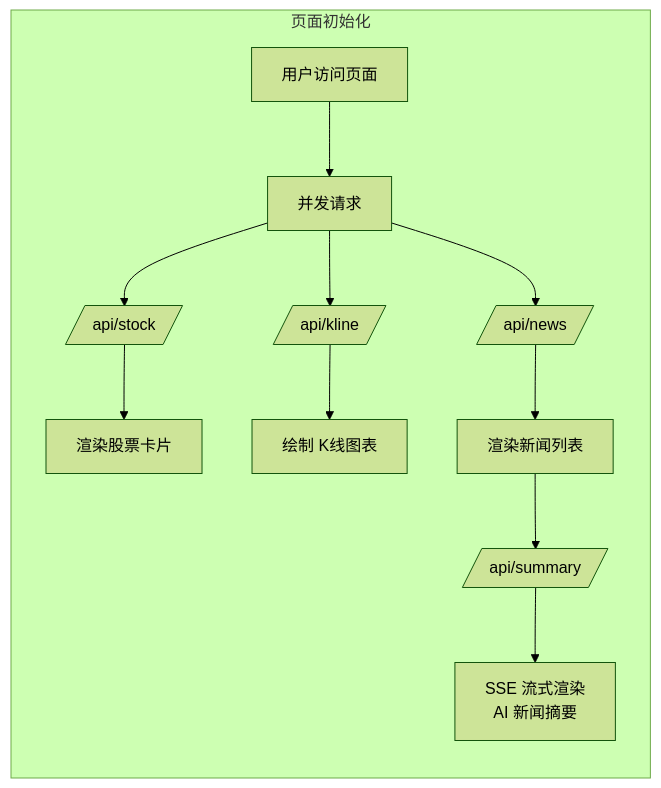
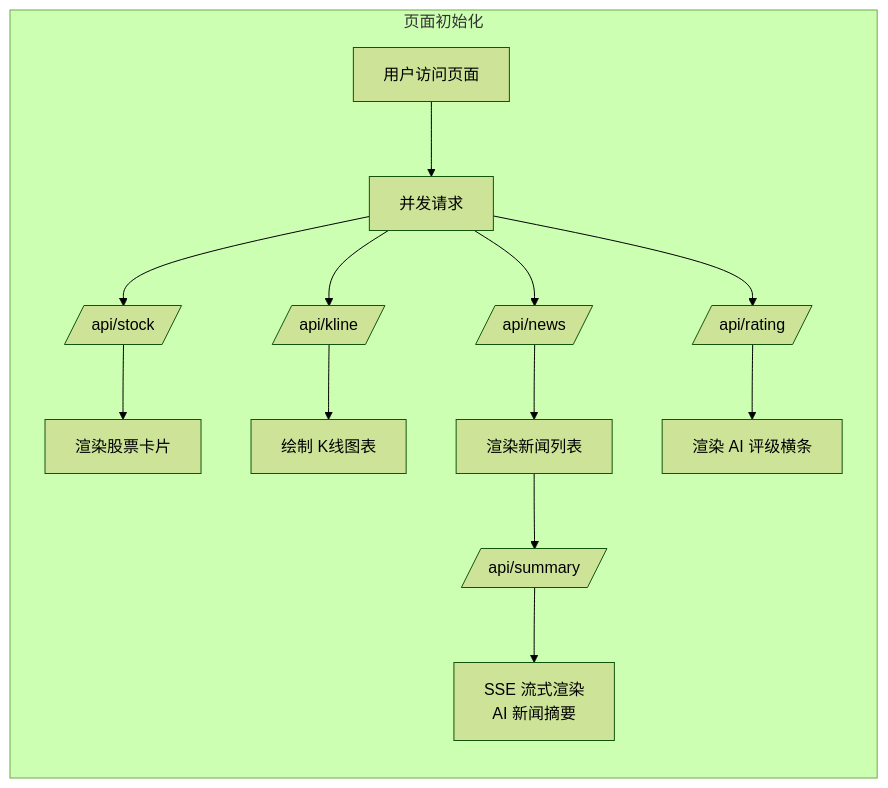
Before and after one commit to danyangliu-lab/Tencent-Stock-Agent: the second of 5 diagrams in README.md, drawn with Mermaid (forest theme). The commit also changed other lines of this file and 7 other files, not shown here.

Commit message:
feat: 新增 AI 每日智能评级功能，优化 Gemini 2.5 适配，更新截图与文档

````diff
--- a/README.md
+++ b/README.md
@@ -149,14 +162,16 @@
 ```mermaid
 flowchart LR
     subgraph 页面初始化
         A[用户访问页面] --> B[并发请求]
         B --> B1[/api/stock/]
         B --> B2[/api/kline/]
         B --> B3[/api/news/]
+        B --> B4[/api/rating/]
         B1 --> C[渲染股票卡片]
         B2 --> D[绘制 K线图表]
         B3 --> E[渲染新闻列表]
+        B4 --> F1[渲染 AI 评级横条]
         E --> F[/api/summary/]
         F --> G[SSE 流式渲染<br/>AI 新闻摘要]
     end
 ```
````
